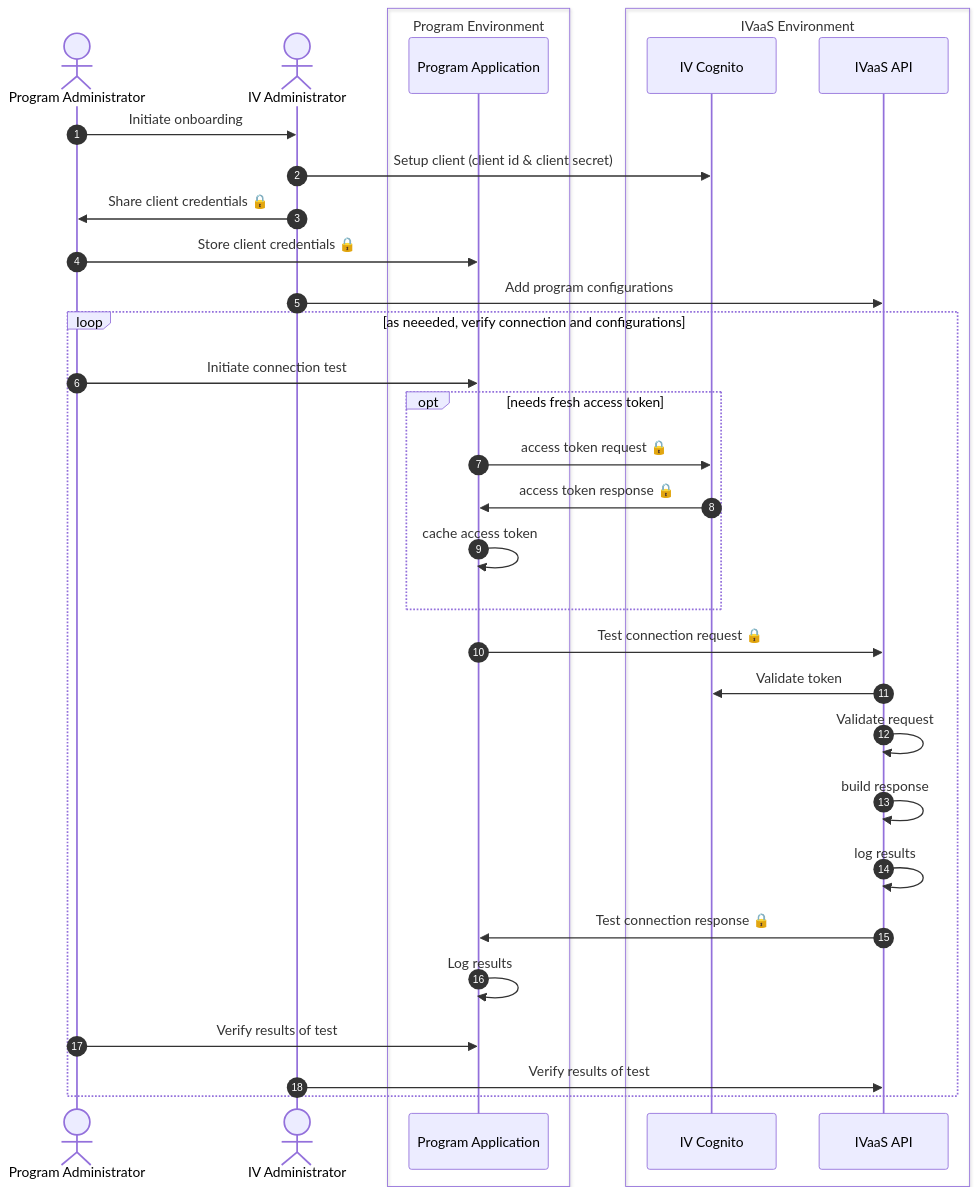
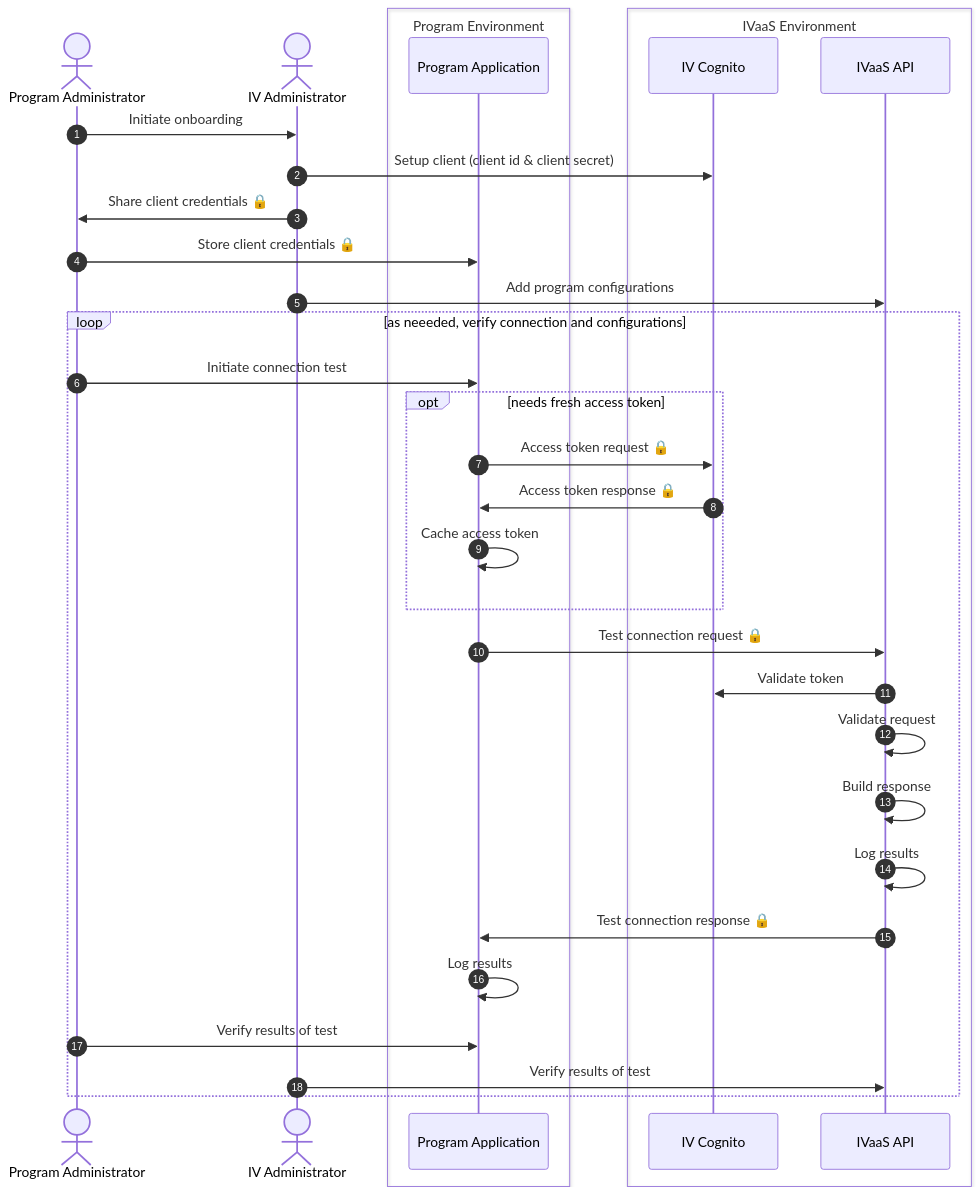
Before and after one commit to coloradodigitalservice/ivaas: the first of 2 diagrams in docs/api/data-flow.md, drawn with Mermaid. The commit also changed other lines of this file, not shown here.

Commit message:
docs: Make data-flow diagram adapter-agnostic (#41)

````diff
--- a/docs/api/data-flow.md
+++ b/docs/api/data-flow.md
@@ -12,38 +12,38 @@
 ```mermaid
 sequenceDiagram
     autonumber
 
     actor programAdmin as Program Administrator
     actor ivAdmin as IV Administrator
     box Program Environment
     participant programApp as Program Application
     end
     box IVaaS Environment
     participant cognito as IV Cognito
     participant api as IVaaS API
     end
 
     programAdmin->>ivAdmin: Initiate onboarding
     ivAdmin->>cognito: Setup client (client id & client secret)
     ivAdmin->>programAdmin: Share client credentials 🔒
     programAdmin->>programApp: Store client credentials 🔒
     ivAdmin->>api: Add program configurations
 
     loop as neeeded, verify connection and configurations
     programAdmin->>programApp: Initiate connection test
     opt needs fresh access token
-    programApp->>cognito: access token request 🔒
-    cognito->>programApp: access token response 🔒
-    programApp->>programApp: cache access token
+    programApp->>cognito: Access token request 🔒
+    cognito->>programApp: Access token response 🔒
+    programApp->>programApp: Cache access token
     end
     programApp->>api: Test connection request 🔒
     api->>cognito: Validate token
     api->>api: Validate request
-    api->>api: build response
-    api->>api: log results
+    api->>api: Build response
+    api->>api: Log results
     api->>programApp: Test connection response 🔒
     programApp->>programApp: Log results
     programAdmin->>programApp: Verify results of test
     ivAdmin->>api: Verify results of test
     end
 ```
````
